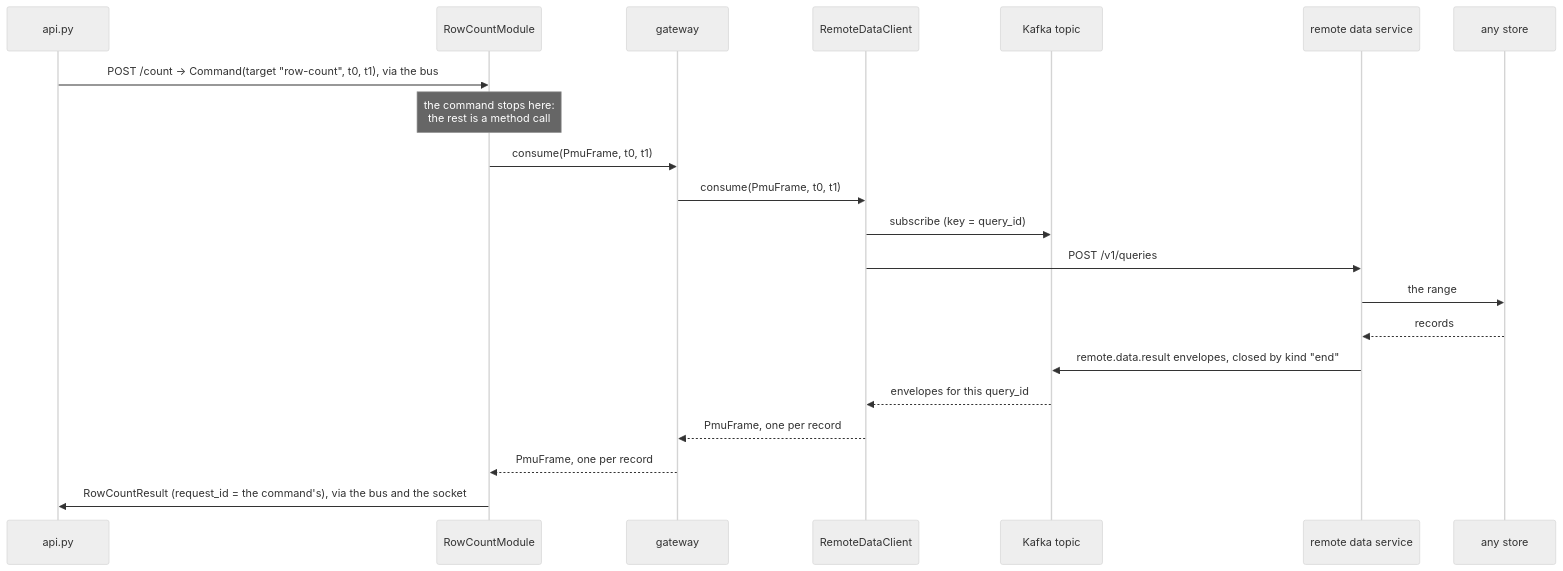
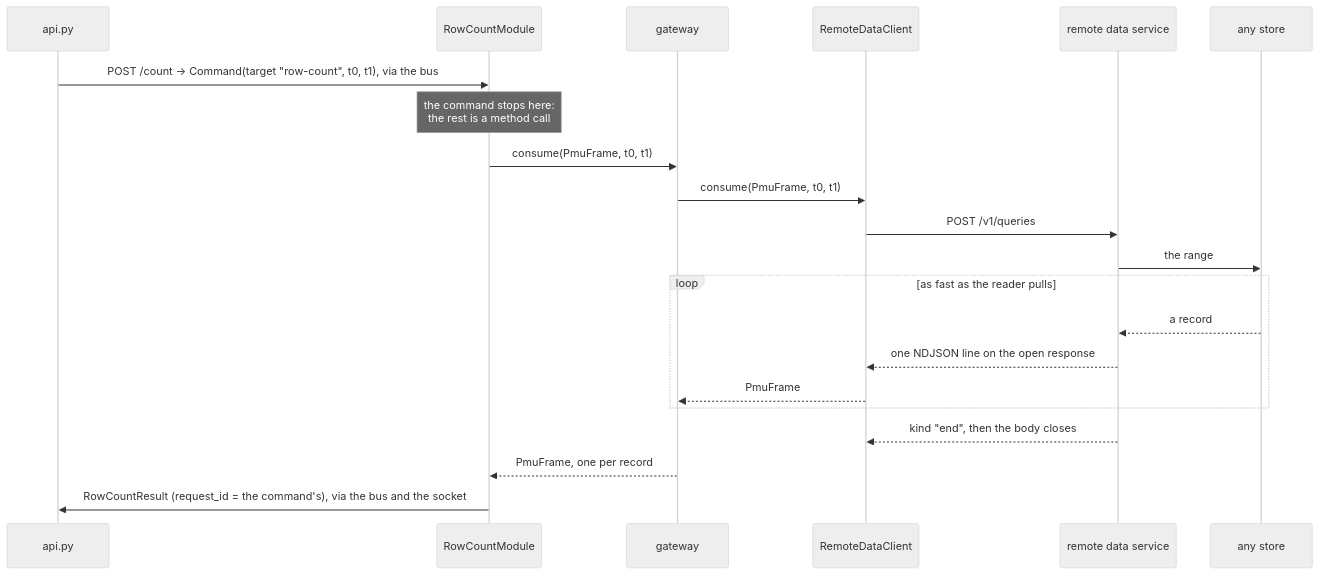
Before and after one commit to thomanil/p-SWAMP: the fifth of 5 diagrams in doc/server-data-architecture.md, drawn with Mermaid (neutral theme). The commit also changed other lines of this file and 40 other files, not shown here.

````diff
--- a/doc/server-data-architecture.md
+++ b/doc/server-data-architecture.md
@@ -839,24 +840,24 @@
 ```mermaid
 sequenceDiagram
     participant A as api.py
     participant M as RowCountModule
     participant G as gateway
     participant R as RemoteDataClient
-    participant K as Kafka topic
     participant S as remote data service
     participant D as any store
 
     A->>M: POST /count → Command(target "row-count", t0, t1), via the bus
     Note over M: the command stops here:<br/>the rest is a method call
     M->>G: consume(PmuFrame, t0, t1)
     G->>R: consume(PmuFrame, t0, t1)
-    R->>K: subscribe (key = query_id)
     R->>S: POST /v1/queries
     S->>D: the range
-    D-->>S: records
-    S->>K: remote.data.result envelopes, closed by kind "end"
-    K-->>R: envelopes for this query_id
-    R-->>G: PmuFrame, one per record
+    loop as fast as the reader pulls
+        D-->>S: a record
+        S-->>R: one NDJSON line on the open response
+        R-->>G: PmuFrame
+    end
+    S-->>R: kind "end", then the body closes
     G-->>M: PmuFrame, one per record
     M->>A: RowCountResult (request_id = the command's), via the bus and the socket
 ```
````
